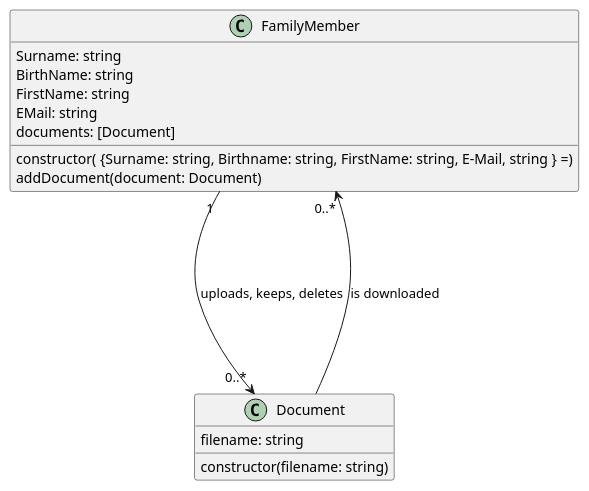
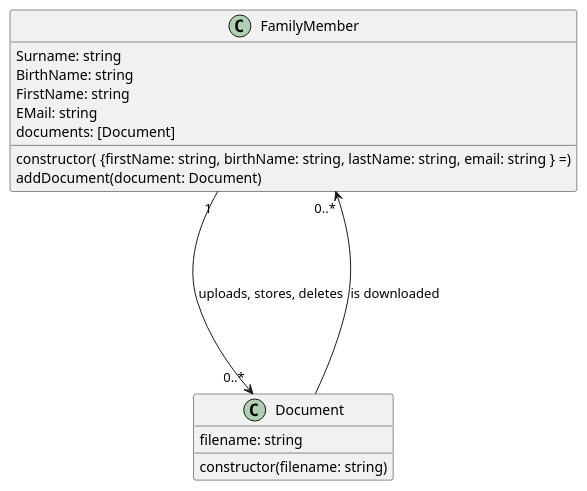
One commit to barnalismollich/coyotiv-barnali-smollich changed the diagram in architecture/class.puml. Above: the diagram before and after it, drawn with PlantUML.

Commit message:
Check and correct puml files to current status

```diff
--- a/architecture/class.puml
+++ b/architecture/class.puml
@@ -1,25 +1,25 @@
 @startuml FamilyDiary class diagram
 
 skinparam Shadowing false
 skinparam PackageStyle rectangle
 
 class FamilyMember {
     Surname: string
     BirthName: string
     FirstName: string
     EMail: string
     documents: [Document]
 
-    constructor( {Surname: string, Birthname: string, FirstName: string, E-Mail, string } =)
+    constructor( {firstName: string, birthName: string, lastName: string, email: string } =)
       addDocument(document: Document)
 }
 
 class Document {
 filename: string
 constructor(filename: string)
 }
 
-FamilyMember "1" ---->"0..*" Document: uploads, keeps, deletes
+FamilyMember "1" ---->"0..*" Document: uploads, stores, deletes
 Document ----> "0..* " FamilyMember: is downloaded
 
 @enduml
```
